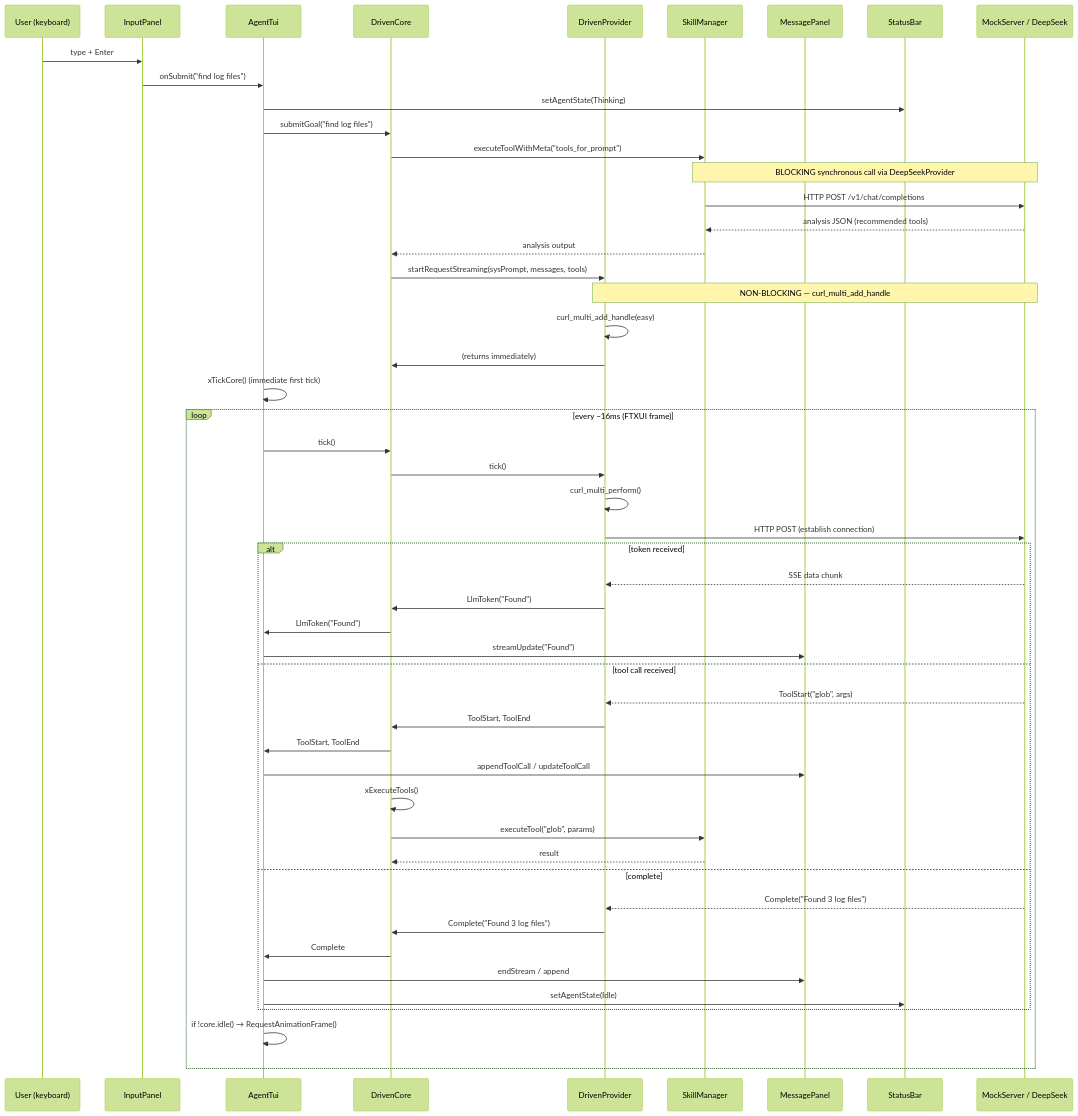
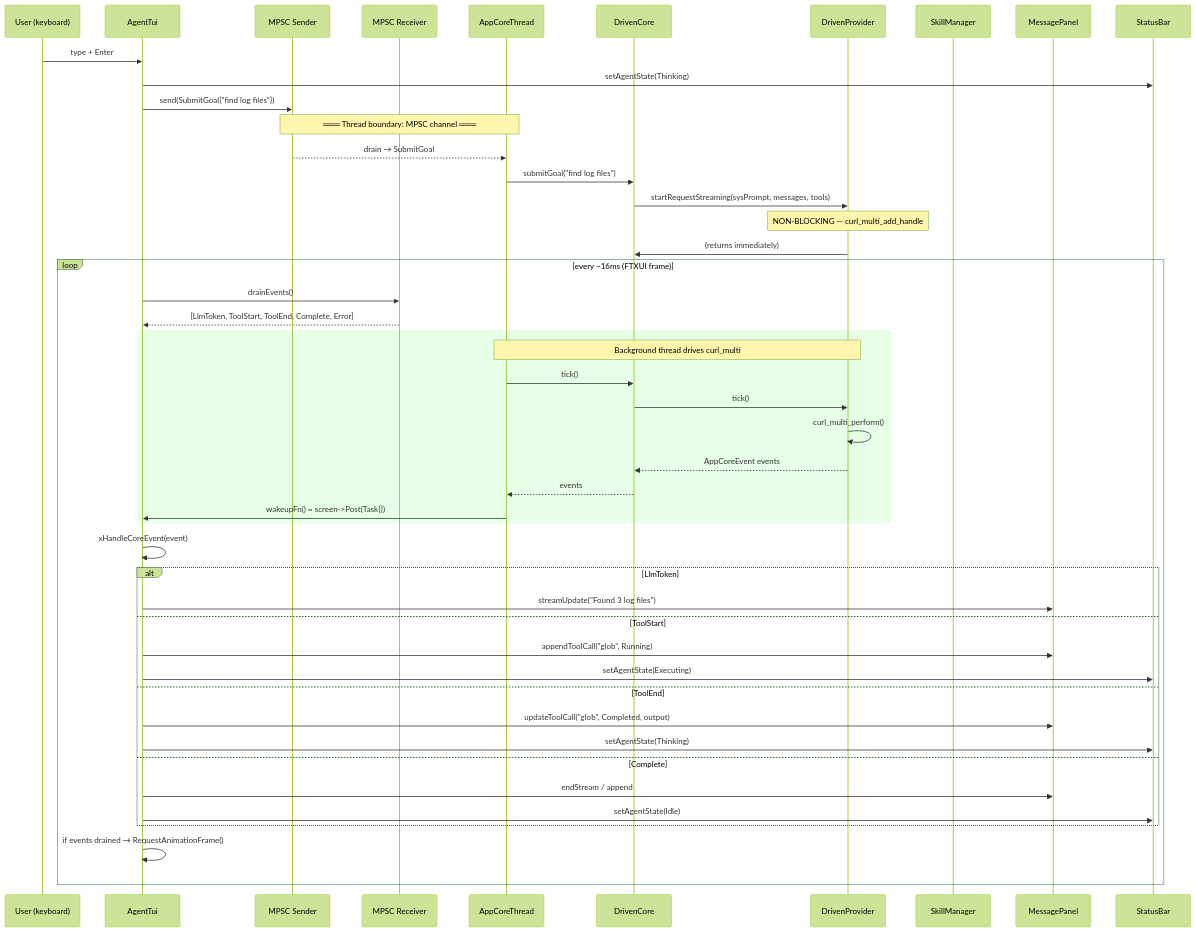
Before and after one commit to opensassi/a0: the fourth of 7 diagrams in specs/concurrency-model.md, drawn with Mermaid (forest theme). The commit also changed other lines of this file and 50 other files, not shown here.

````diff
--- a/specs/concurrency-model.md
+++ b/specs/concurrency-model.md
@@ -408,60 +510,58 @@
 ```mermaid
 sequenceDiagram
     participant USER as User (keyboard)
-    participant IP as InputPanel
     participant AT as AgentTui
+    participant CMD as MPSC Sender
+    participant EVT as MPSC Receiver
+    participant ACT as AppCoreThread
     participant DC as DrivenCore
     participant DP as DrivenProvider
     participant SM as SkillManager
     participant MP as MessagePanel
     participant SB as StatusBar
-    participant MS as MockServer / DeepSeek
 
-    USER->>IP: type + Enter
-    IP->>AT: onSubmit("find log files")
+    USER->>AT: type + Enter
     AT->>SB: setAgentState(Thinking)
 
-    AT->>DC: submitGoal("find log files")
-    DC->>SM: executeToolWithMeta("tools_for_prompt")
-    Note over SM,MS: BLOCKING synchronous call via DeepSeekProvider
-    SM->>MS: HTTP POST /v1/chat/completions
-    MS-->>SM: analysis JSON (recommended tools)
-    SM-->>DC: analysis output
+    AT->>CMD: send(SubmitGoal{"find log files"})
 
+    Note over CMD,ACT: ═══ Thread boundary: MPSC channel ═══
+
+    CMD-->>ACT: drain → SubmitGoal
+    ACT->>DC: submitGoal("find log files")
     DC->>DP: startRequestStreaming(sysPrompt, messages, tools)
-    Note over DP,MS: NON-BLOCKING — curl_multi_add_handle
-    DP->>DP: curl_multi_add_handle(easy)
+    Note over DP: NON-BLOCKING — curl_multi_add_handle
     DP->>DC: (returns immediately)
 
-    AT->>AT: xTickCore() (immediate first tick)
+    loop every ~16ms (FTXUI frame)
+        AT->>EVT: drainEvents()
+        EVT-->>AT: [LlmToken, ToolStart, ToolEnd, Complete, Error]
 
-    loop every ~16ms (FTXUI frame)
-        AT->>DC: tick()
-        DC->>DP: tick()
-        DP->>DP: curl_multi_perform()
-        DP->>MS: HTTP POST (establish connection)
+        rect rgb(230, 255, 230)
+            Note over DP,ACT: Background thread drives curl_multi
+            ACT->>DC: tick()
+            DC->>DP: tick()
+            DP->>DP: curl_multi_perform()
+            DP-->>DC: AppCoreEvent events
+            DC-->>ACT: events
+            ACT->>AT: wakeupFn() = screen->Post(Task{})
+        end
 
-        alt token received
-            MS-->>DP: SSE data chunk
-            DP->>DC: LlmToken("Found")
-            DC->>AT: LlmToken("Found")
-            AT->>MP: streamUpdate("Found")
-        else tool call received
-            MS-->>DP: ToolStart("glob", args)
-            DP->>DC: ToolStart, ToolEnd
-            DC->>AT: ToolStart, ToolEnd
-            AT->>MP: appendToolCall / updateToolCall
-            DC->>DC: xExecuteTools()
-            DC->>SM: executeTool("glob", params)
-            SM-->>DC: result
-        else complete
-            MS-->>DP: Complete("Found 3 log files")
-            DP->>DC: Complete("Found 3 log files")
-            DC->>AT: Complete
+        AT->>AT: xHandleCoreEvent(event)
+
+        alt LlmToken
+            AT->>MP: streamUpdate("Found 3 log files")
+        else ToolStart
+            AT->>MP: appendToolCall("glob", Running)
+            AT->>SB: setAgentState(Executing)
+        else ToolEnd
+            AT->>MP: updateToolCall("glob", Completed, output)
+            AT->>SB: setAgentState(Thinking)
+        else Complete
             AT->>MP: endStream / append
             AT->>SB: setAgentState(Idle)
         end
 
-        AT->>AT: if !core.idle() → RequestAnimationFrame()
+        AT->>AT: if events drained → RequestAnimationFrame()
     end
 ```
````
